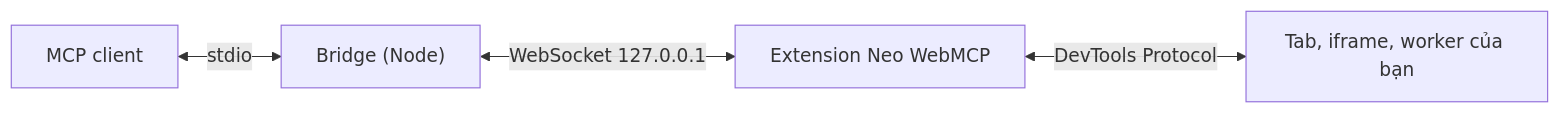
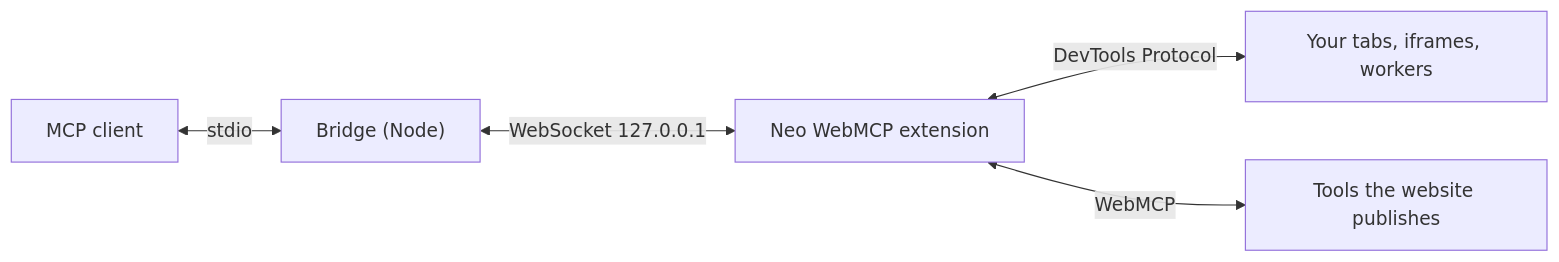
The diagram in README.md (shibeedev/kyte-webmcp), drawn with Mermaid before and after one commit. The commit also changed other lines of this file, not shown here.

````diff
--- a/README.md
+++ b/README.md
@@ -5,6 +7,7 @@
 ```mermaid
 flowchart LR
     A["MCP client"] <-- stdio --> B["Bridge (Node)"]
-    B <-- "WebSocket 127.0.0.1" --> E["Extension Neo WebMCP"]
-    E <-- "DevTools Protocol" --> T["Tab, iframe, worker của bạn"]
+    B <-- "WebSocket 127.0.0.1" --> E["Neo WebMCP extension"]
+    E <-- "DevTools Protocol" --> T["Your tabs, iframes, workers"]
+    E <-- "WebMCP" --> W["Tools the website publishes"]
 ```
````
